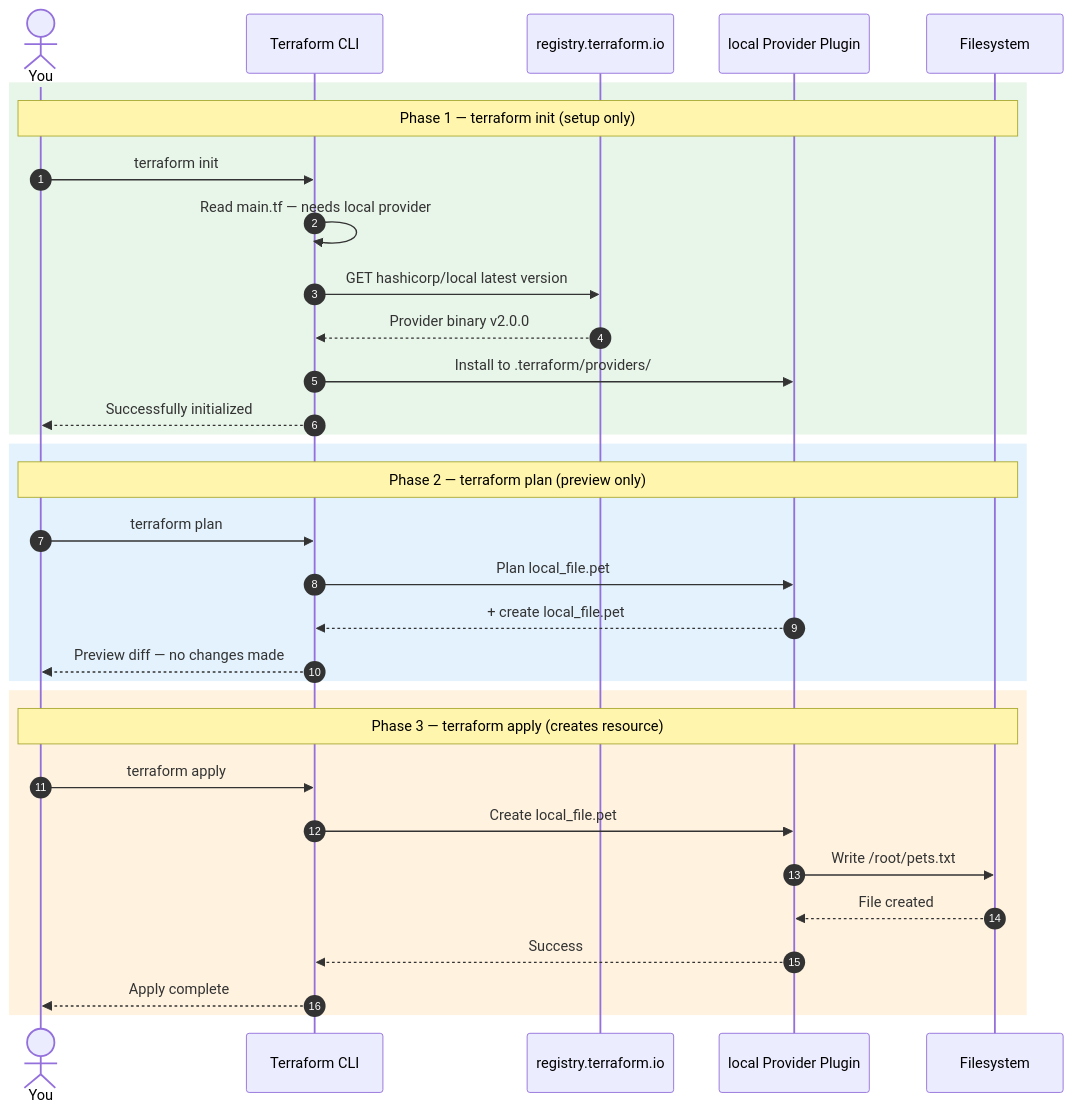
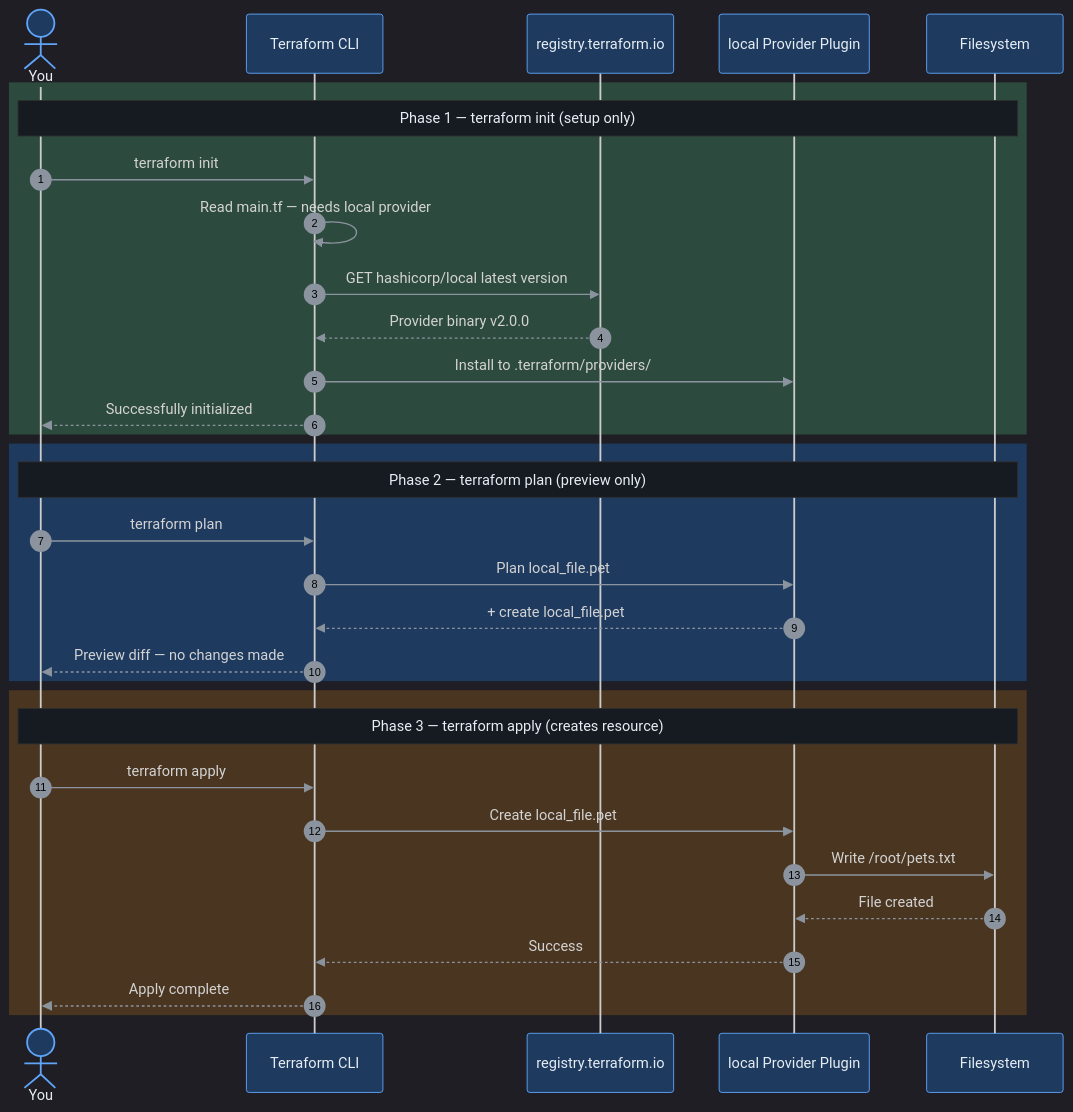
One commit to nirajp82/Terraform_Basics changed the eighth of 9 diagrams in 04_Core_Terraform_Basics/01_Terraform_Provider.md. Above: the diagram before and after it, drawn with Mermaid. The commit also changed other lines of this file and 1 other file, not shown here.

Commit message:
Update Diagram

````diff
--- a/04_Core_Terraform_Basics/01_Terraform_Provider.md
+++ b/04_Core_Terraform_Basics/01_Terraform_Provider.md
@@ -271,37 +293,38 @@
 ```mermaid
+%%{init: {'theme': 'dark', 'themeVariables': {'actorBkg': '#1e3a5f', 'actorTextColor': '#e6edf3', 'actorBorder': '#60a5fa', 'signalColor': '#8b949e', 'noteBkgColor': '#161b22', 'noteTextColor': '#e6edf3'}}}%%
 sequenceDiagram
     autonumber
     actor You
     participant TF as Terraform CLI
     participant Reg as registry.terraform.io
     participant Plg as local Provider Plugin
     participant FS as Filesystem
 
-    rect rgb(232, 245, 233)
+    rect rgb(45, 74, 62)
     Note over You,FS: Phase 1 — terraform init (setup only)
     You->>TF: terraform init
     TF->>TF: Read main.tf — needs local provider
     TF->>Reg: GET hashicorp/local latest version
     Reg-->>TF: Provider binary v2.0.0
     TF->>Plg: Install to .terraform/providers/
     TF-->>You: Successfully initialized
     end
 
-    rect rgb(227, 242, 253)
+    rect rgb(30, 58, 95)
     Note over You,FS: Phase 2 — terraform plan (preview only)
     You->>TF: terraform plan
     TF->>Plg: Plan local_file.pet
     Plg-->>TF: + create local_file.pet
     TF-->>You: Preview diff — no changes made
     end
 
-    rect rgb(255, 243, 224)
+    rect rgb(74, 53, 32)
     Note over You,FS: Phase 3 — terraform apply (creates resource)
     You->>TF: terraform apply
     TF->>Plg: Create local_file.pet
     Plg->>FS: Write /root/pets.txt
     FS-->>Plg: File created
     Plg-->>TF: Success
     TF-->>You: Apply complete
     end
 ```
````
